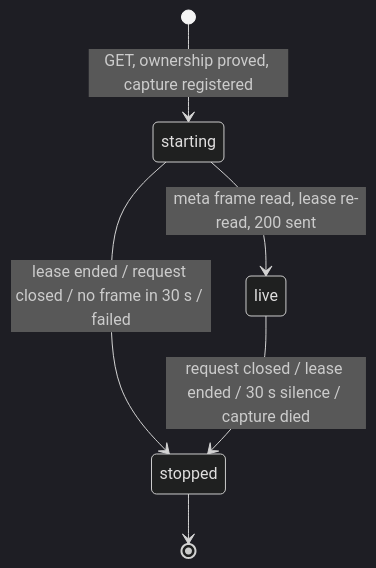
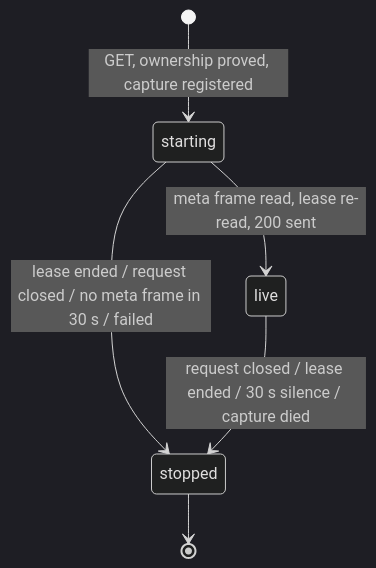
One commit to callstackincubator/simlock changed the second of 3 diagrams in docs/internal/adr/0031-a-screen-stream-is-an-optional-module-and-a-driver-films-the-device.md. Above: the diagram before and after it, drawn with Mermaid (dark theme). The commit also changed other lines of this file, not shown here.

````diff
--- a/docs/internal/adr/0031-a-screen-stream-is-an-optional-module-and-a-driver-films-the-device.md
+++ b/docs/internal/adr/0031-a-screen-stream-is-an-optional-module-and-a-driver-films-the-device.md
@@ -145,8 +149,8 @@
 ```mermaid
 stateDiagram-v2
   [*] --> starting: GET, ownership proved, capture registered
   starting --> live: meta frame read, lease re-read, 200 sent
-  starting --> stopped: lease ended / request closed / no frame in 30 s / failed
+  starting --> stopped: lease ended / request closed / no meta frame in 30 s / failed
   live --> stopped: request closed / lease ended / 30 s silence / capture died
   stopped --> [*]
 ```
````
